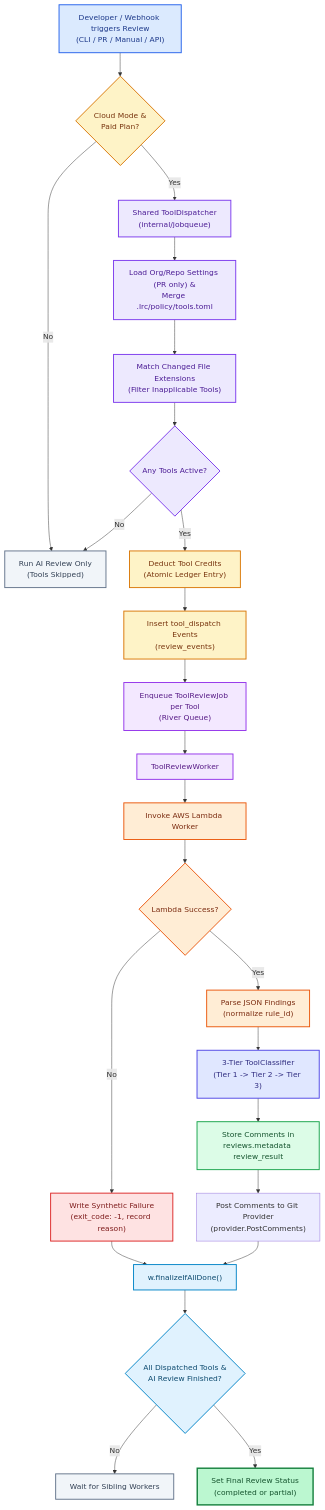
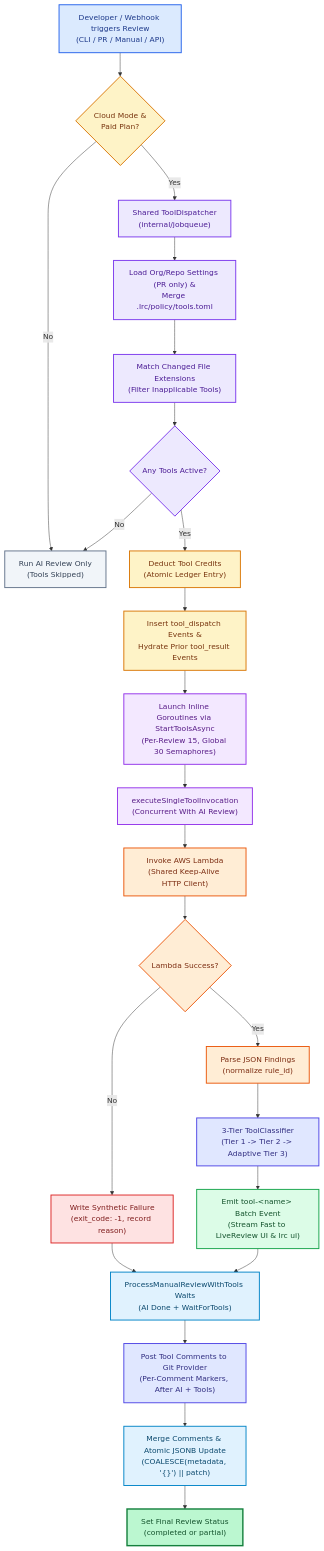
The first of 2 diagrams in docs/tools/tools-integration-beta.md (HexmosTech/LiveReview), drawn with Mermaid before and after one commit. The commit also changed other lines of this file and 21 other files, not shown here.

First line of the commit message:
Refactor Tool Execution from Queue-Based to Inline Goroutine Model

````diff
--- a/docs/tools/tools-integration-beta.md
+++ b/docs/tools/tools-integration-beta.md
@@ -39,64 +41,63 @@
 ```mermaid
 flowchart TD
     A["Developer / Webhook triggers Review<br/>(CLI / PR / Manual / API)"] --> B{"Cloud Mode &<br/>Paid Plan?"}
     B -->|No| C["Run AI Review Only<br/>(Tools Skipped)"]
     B -->|Yes| D["Shared ToolDispatcher<br/>(internal/jobqueue)"]
     
     D --> E["Load Org/Repo Settings (PR only) &<br/>Merge .lrc/policy/tools.toml"]
     E --> F["Match Changed File Extensions<br/>(Filter Inapplicable Tools)"]
     F --> G{"Any Tools Active?"}
     G -->|No| C
     G -->|Yes| H["Deduct Tool Credits<br/>(Atomic Ledger Entry)"]
     
-    H --> I["Insert tool_dispatch Events<br/>(review_events)"]
-    I --> J["Enqueue ToolReviewJob per Tool<br/>(River Queue)"]
+    H --> I["Insert tool_dispatch Events &<br/>Hydrate Prior tool_result Events"]
+    I --> J["Launch Inline Goroutines via StartToolsAsync<br/>(Per-Review 15, Global 30 Semaphores)"]
     
-    J --> K["ToolReviewWorker"]
-    K --> L["Invoke AWS Lambda Worker"]
+    J --> K["executeSingleToolInvocation<br/>(Concurrent With AI Review)"]
+    K --> L["Invoke AWS Lambda<br/>(Shared Keep-Alive HTTP Client)"]
     
     L --> M{"Lambda Success?"}
     M -->|No| N["Write Synthetic Failure<br/>(exit_code: -1, record reason)"]
     M -->|Yes| O["Parse JSON Findings<br/>(normalize rule_id)"]
     
-    O --> P["3-Tier ToolClassifier<br/>(Tier 1 -> Tier 2 -> Tier 3)"]
-    P --> Q["Store Comments in<br/>reviews.metadata review_result"]
-    Q --> POST["Post Comments to Git Provider<br/>(provider.PostComments)"]
+    O --> P["3-Tier ToolClassifier<br/>(Tier 1 -> Tier 2 -> Adaptive Tier 3)"]
+    P --> Q["Emit tool-&lt;name&gt; Batch Event<br/>(Stream Fast to LiveReview UI & lrc ui)"]
     
-    N --> R["w.finalizeIfAllDone()"]
-    POST --> R
+    N --> R["ProcessManualReviewWithTools Waits<br/>(AI Done + WaitForTools)"]
+    Q --> R
     
-    R --> S{"All Dispatched Tools &<br/>AI Review Finished?"}
-    S -->|No| T["Wait for Sibling Workers"]
-    S -->|Yes| U["Set Final Review Status<br/>(completed or partial)"]
+    R --> POST["Post Tool Comments to Git Provider<br/>(Per-Comment Markers, After AI + Tools)"]
+    POST --> S["Merge Comments & Atomic JSONB Update<br/>(COALESCE(metadata, '{}') || patch)"]
+    S --> U["Set Final Review Status<br/>(completed or partial)"]
 
     %% Trigger & Gates
     style A fill:#dbeafe,stroke:#2563eb,stroke-width:2px,color:#1e3a8a
     style B fill:#fef3c7,stroke:#d97706,stroke-width:2px,color:#78350f
     style C fill:#f1f5f9,stroke:#64748b,stroke-width:2px,color:#334155
 
     %% Dispatcher
     style D fill:#ede9fe,stroke:#7c3aed,stroke-width:2px,color:#4c1d95
     style E fill:#ede9fe,stroke:#7c3aed,stroke-width:2px,color:#4c1d95
     style F fill:#ede9fe,stroke:#7c3aed,stroke-width:2px,color:#4c1d95
     style G fill:#ede9fe,stroke:#7c3aed,stroke-width:2px,color:#4c1d95
     style H fill:#fef3c7,stroke:#d97706,stroke-width:2px,color:#78350f
     style I fill:#fef3c7,stroke:#d97706,stroke-width:2px,color:#78350f
 
     %% Worker Execution
     style J fill:#f3e8ff,stroke:#9333ea,stroke-width:2px,color:#581c87
     style K fill:#f3e8ff,stroke:#9333ea,stroke-width:2px,color:#581c87
     style L fill:#ffedd5,stroke:#ea580c,stroke-width:2px,color:#7c2d12
     style M fill:#ffedd5,stroke:#ea580c,stroke-width:2px,color:#7c2d12
     style N fill:#fee2e2,stroke:#dc2626,stroke-width:2px,color:#7f1d1d
     style O fill:#ffedd5,stroke:#ea580c,stroke-width:2px,color:#7c2d12
 
     %% Classification
     style P fill:#e0e7ff,stroke:#4f46e5,stroke-width:2px,color:#312e81
     style Q fill:#dcfce7,stroke:#16a34a,stroke-width:2px,color:#14532d
 
     %% Finalization
     style R fill:#e0f2fe,stroke:#0284c7,stroke-width:2px,color:#0c4a6e
+    style POST fill:#e0e7ff,stroke:#4f46e5,stroke-width:2px,color:#312e81
     style S fill:#e0f2fe,stroke:#0284c7,stroke-width:2px,color:#0c4a6e
-    style T fill:#f1f5f9,stroke:#64748b,stroke-width:2px,color:#334155
     style U fill:#bbf7d0,stroke:#15803d,stroke-width:3px,color:#14532d
 ```
````
